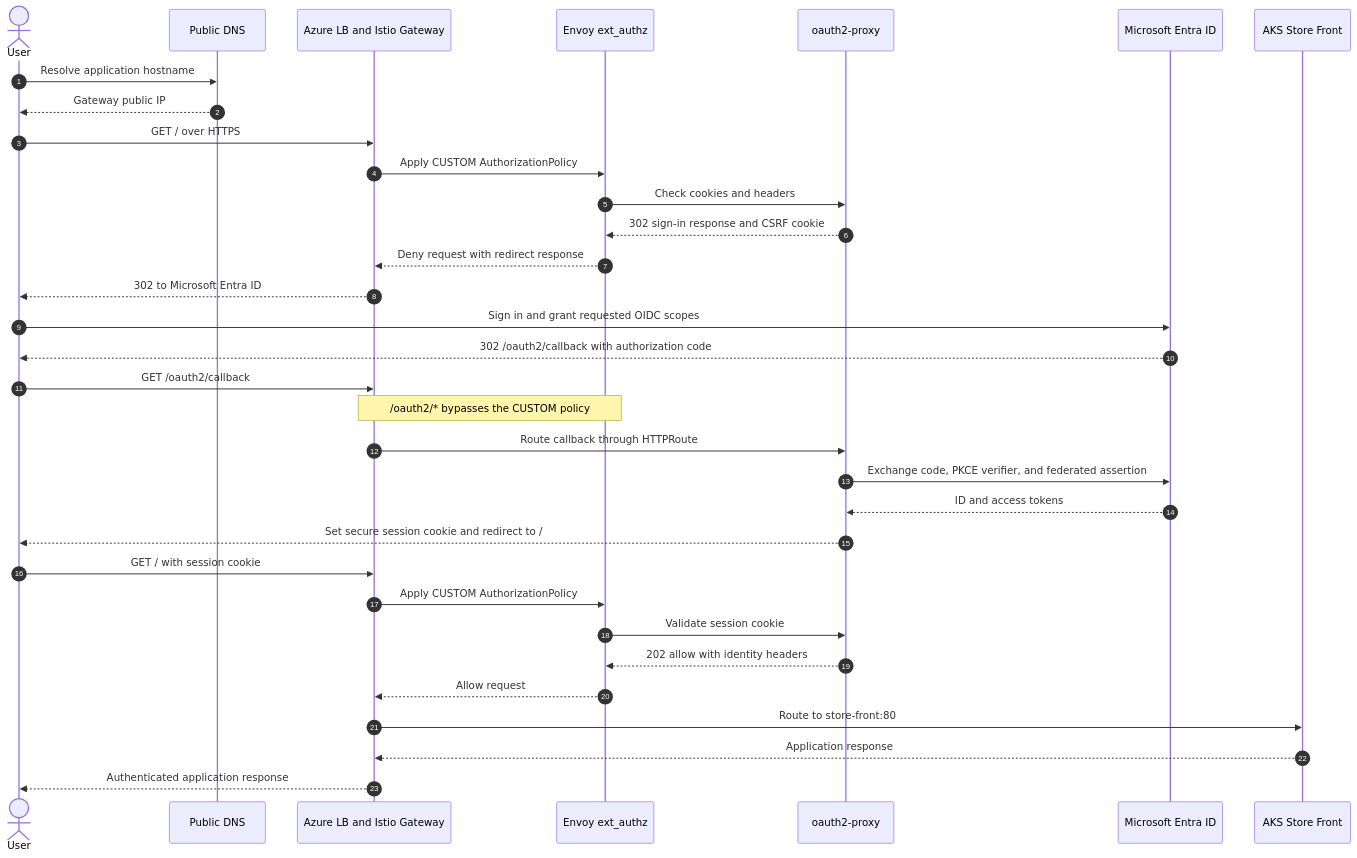
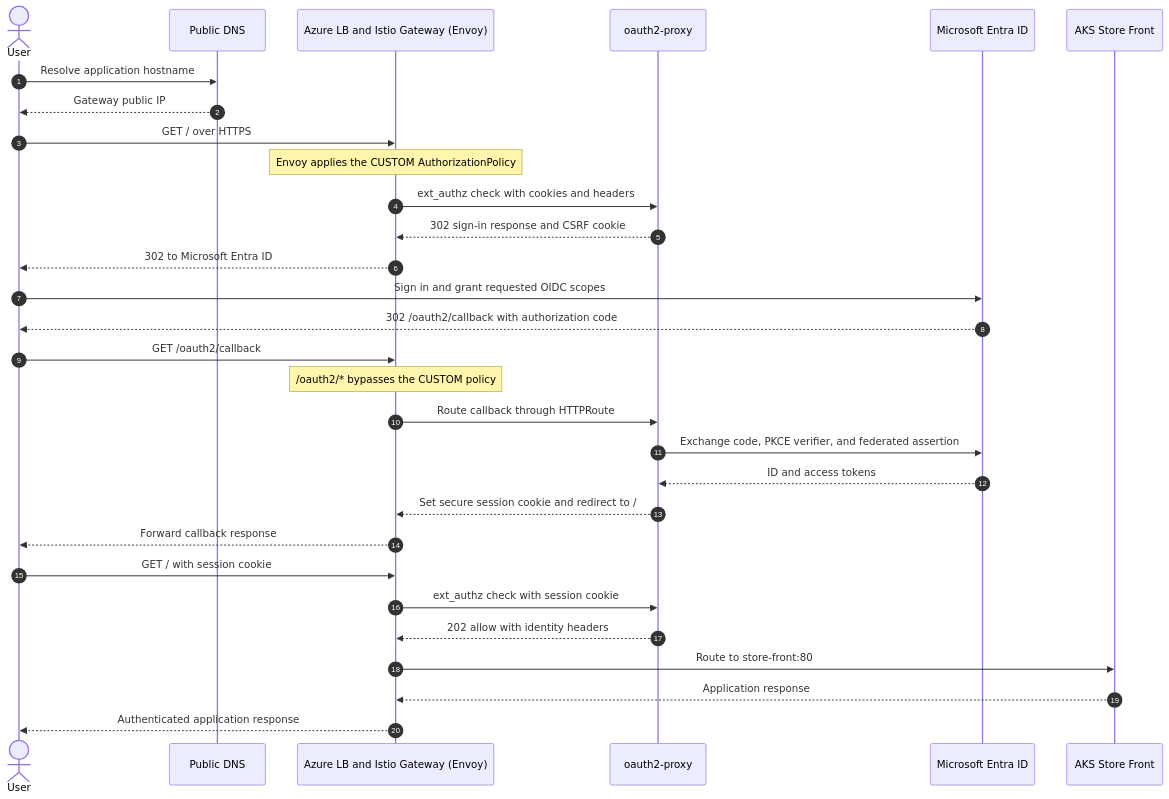
The diagram in docusaurus/blog/2026-07-29/secretless-entra-authentication-on-aks/index.md (appdevgbb/gbb-blog), drawn with Mermaid before and after one commit. The commit also changed other lines of this file, not shown here.

````diff
--- a/docusaurus/blog/2026-07-29/secretless-entra-authentication-on-aks/index.md
+++ b/docusaurus/blog/2026-07-29/secretless-entra-authentication-on-aks/index.md
@@ -88,38 +87,35 @@
 ```mermaid
 sequenceDiagram
   autonumber
   actor User
   participant DNS as Public DNS
-  participant Gateway as Azure LB and Istio Gateway
-  participant Authz as Envoy ext_authz
+  participant Gateway as Azure LB and Istio Gateway (Envoy)
   participant Proxy as oauth2-proxy
   participant Entra as Microsoft Entra ID
   participant Store as AKS Store Front
 
   User->>DNS: Resolve application hostname
   DNS-->>User: Gateway public IP
   User->>Gateway: GET / over HTTPS
-  Gateway->>Authz: Apply CUSTOM AuthorizationPolicy
-  Authz->>Proxy: Check cookies and headers
-  Proxy-->>Authz: 302 sign-in response and CSRF cookie
-  Authz-->>Gateway: Deny request with redirect response
+  Note over Gateway: Envoy applies the CUSTOM AuthorizationPolicy
+  Gateway->>Proxy: ext_authz check with cookies and headers
+  Proxy-->>Gateway: 302 sign-in response and CSRF cookie
   Gateway-->>User: 302 to Microsoft Entra ID
 
   User->>Entra: Sign in and grant requested OIDC scopes
   Entra-->>User: 302 /oauth2/callback with authorization code
   User->>Gateway: GET /oauth2/callback
-  Note over Gateway,Authz: /oauth2/* bypasses the CUSTOM policy
+  Note over Gateway: /oauth2/* bypasses the CUSTOM policy
   Gateway->>Proxy: Route callback through HTTPRoute
   Proxy->>Entra: Exchange code, PKCE verifier, and federated assertion
   Entra-->>Proxy: ID and access tokens
-  Proxy-->>User: Set secure session cookie and redirect to /
+  Proxy-->>Gateway: Set secure session cookie and redirect to /
+  Gateway-->>User: Forward callback response
 
   User->>Gateway: GET / with session cookie
-  Gateway->>Authz: Apply CUSTOM AuthorizationPolicy
-  Authz->>Proxy: Validate session cookie
-  Proxy-->>Authz: 202 allow with identity headers
-  Authz-->>Gateway: Allow request
+  Gateway->>Proxy: ext_authz check with session cookie
+  Proxy-->>Gateway: 202 allow with identity headers
   Gateway->>Store: Route to store-front:80
   Store-->>Gateway: Application response
   Gateway-->>User: Authenticated application response
 ```
````
